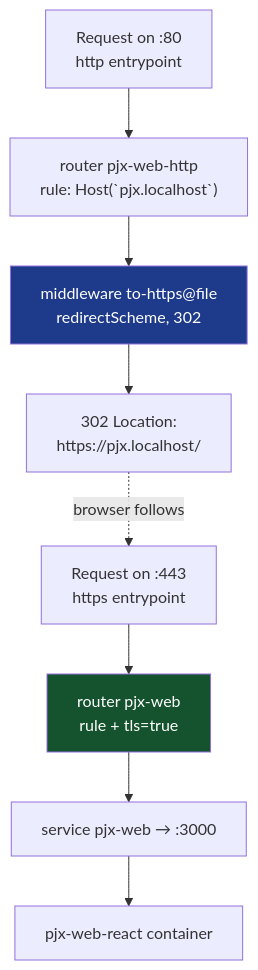
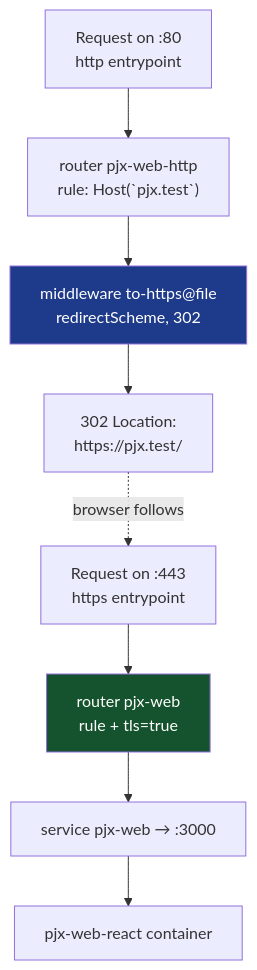
The sixth of 6 diagrams in docs/reference/request-flow.md (mikelau13/pjx-root), drawn with Mermaid before and after one commit. The commit also changed other lines of this file and 9 other files, not shown here.

First line of the commit message:
docs: switch dev hostnames to .test, document the .localhost trap

````diff
--- a/docs/reference/request-flow.md
+++ b/docs/reference/request-flow.md
@@ -194,13 +213,13 @@
 ```mermaid
 flowchart TD
-    H80["Request on :80<br/>http entrypoint"] --> RH["router pjx-web-http<br/>rule: Host(`pjx.localhost`)"]
+    H80["Request on :80<br/>http entrypoint"] --> RH["router pjx-web-http<br/>rule: Host(`pjx.test`)"]
     RH --> MW["middleware to-https@file<br/>redirectScheme, 302"]
-    MW --> RESP["302 Location:<br/>https://pjx.localhost/"]
+    MW --> RESP["302 Location:<br/>https://pjx.test/"]
     RESP -.->|"browser follows"| H443
     H443["Request on :443<br/>https entrypoint"] --> RS["router pjx-web<br/>rule + tls=true"]
     RS --> SVC["service pjx-web → :3000"]
     SVC --> CT["pjx-web-react container"]
 
     style MW fill:#1e3a8a,color:#fff
     style RS fill:#14532d,color:#fff
 ```
````
